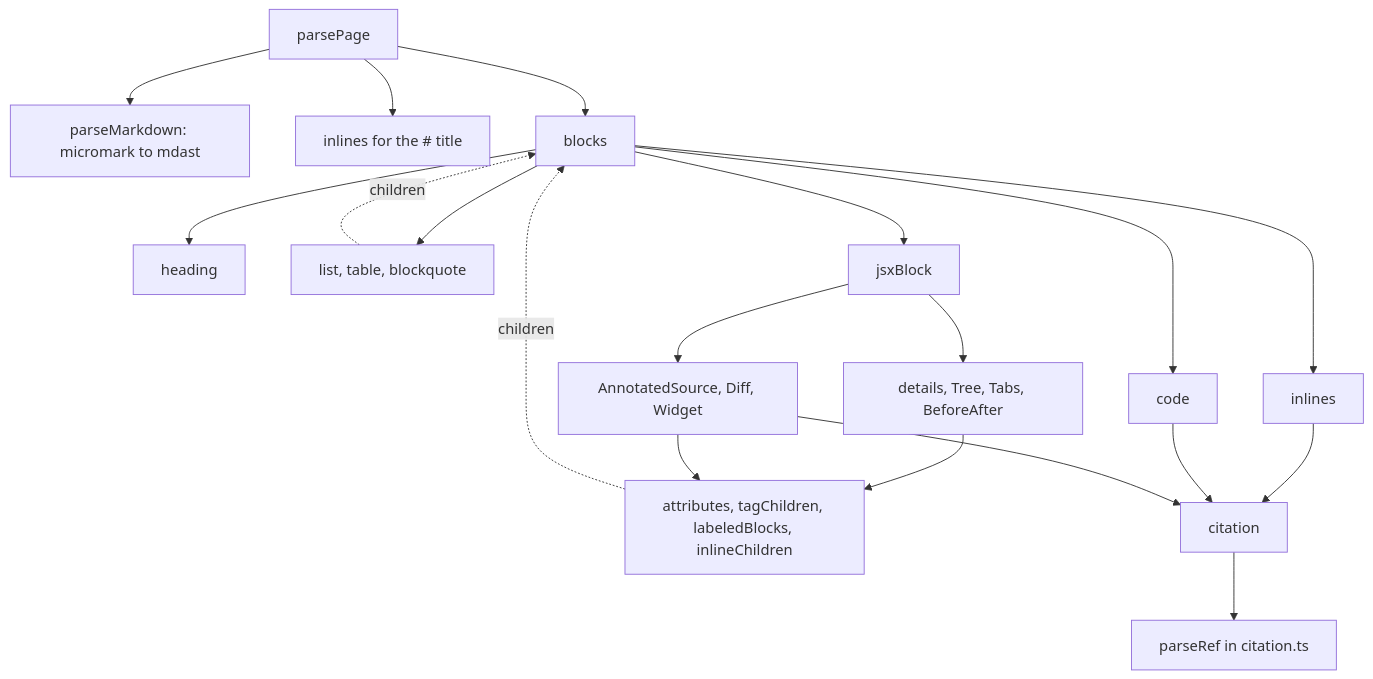
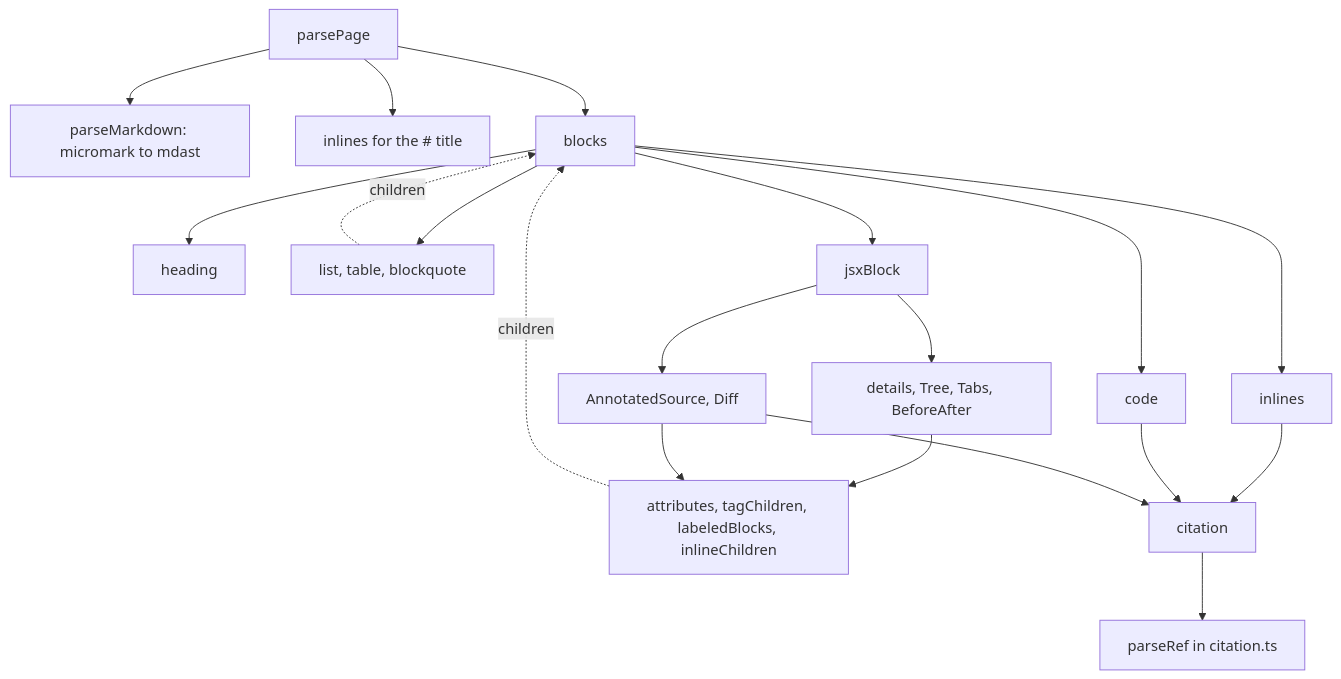
Before and after one commit to 5u4/explain-this: the diagram in docs/en/parse-page.md, drawn with Mermaid. The commit also changed other lines of this file and 102 other files, not shown here.

````diff
--- a/docs/en/parse-page.md
+++ b/docs/en/parse-page.md
@@ -30,21 +30,21 @@
 ```mermaid
 flowchart TD
   P["parsePage"] --> M["parseMarkdown: micromark to mdast"]
   P --> T["inlines for the # title"]
   P --> B["blocks"]
   B --> H["heading"]
   B --> Q["list, table, blockquote"]
   B --> C["code"]
   B --> I["inlines"]
   B --> J["jsxBlock"]
   Q -.->|children| B
   J --> L["details, Tree, Tabs, BeforeAfter"]
-  J --> S["AnnotatedSource, Diff, Widget"]
+  J --> S["AnnotatedSource, Diff"]
   L --> K["attributes, tagChildren, labeledBlocks, inlineChildren"]
   S --> K
   K -.->|children| B
   I --> R["citation"]
   C --> R
   S --> R
   R --> PR["parseRef in citation.ts"]
 ```
````
